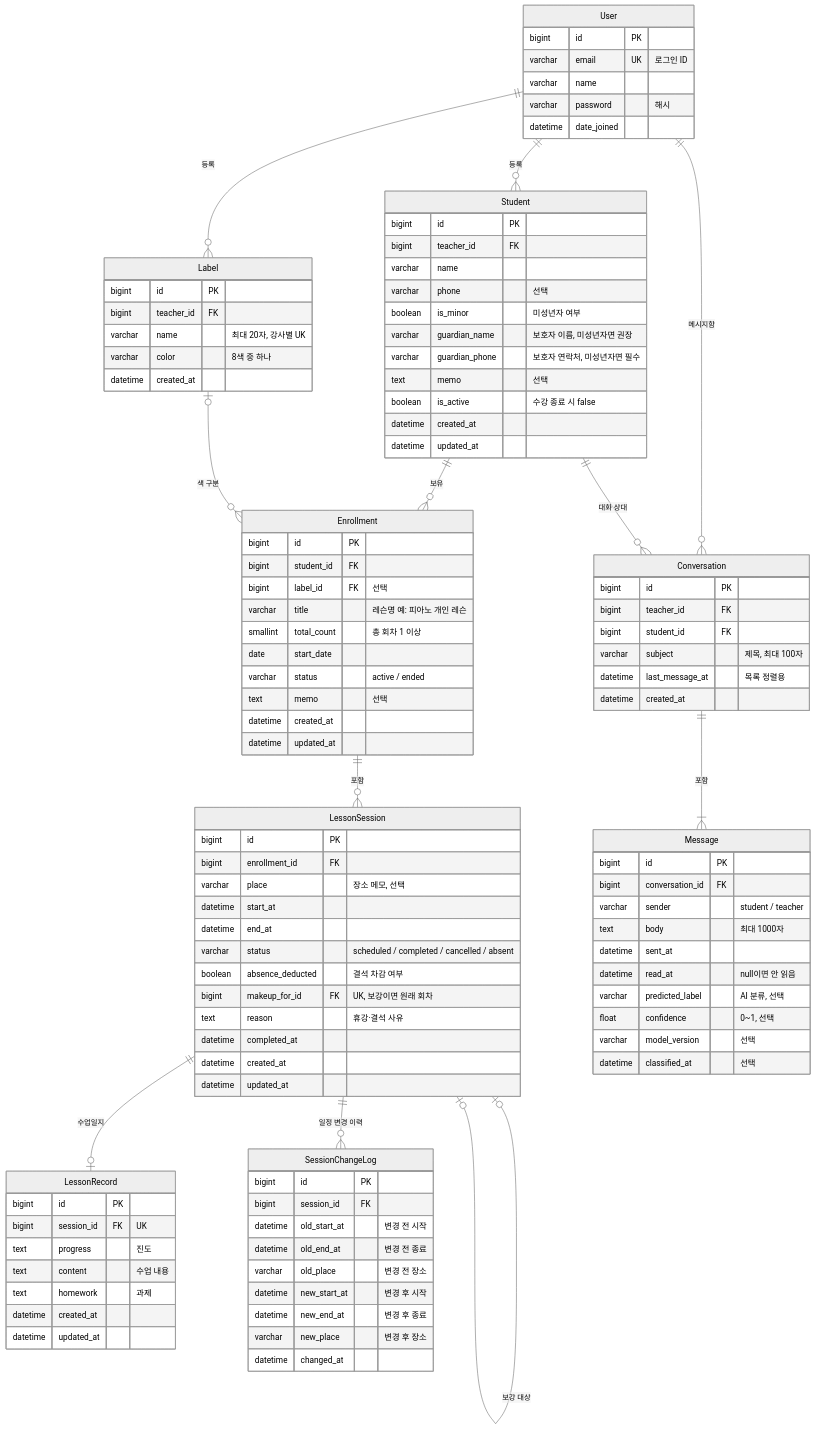
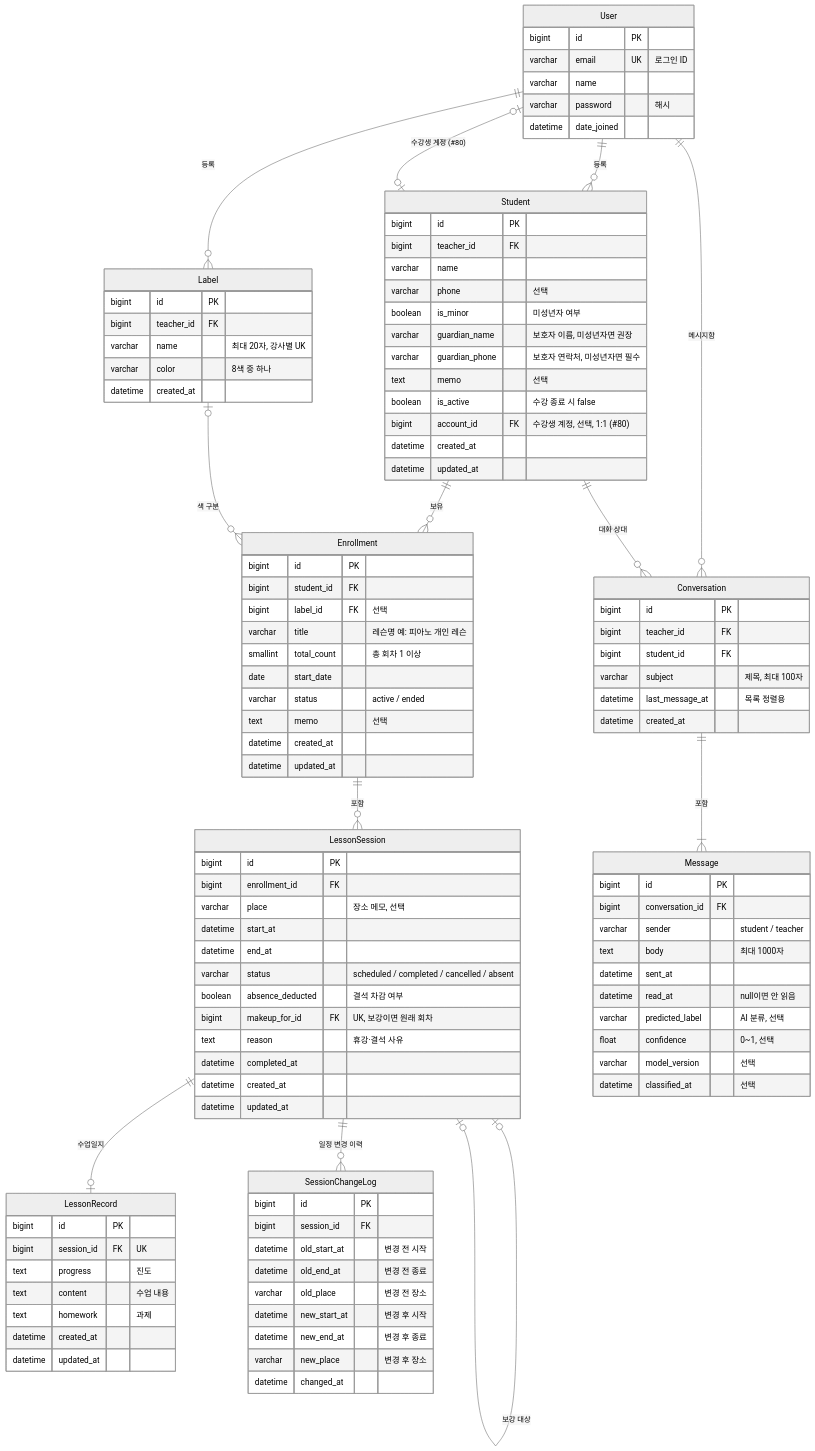
Before and after one commit to yeeun5364/lemit: the diagram in docs/ERD.md, drawn with Mermaid (neutral theme). The commit also changed other lines of this file and 30 other files, not shown here.

````diff
--- a/docs/ERD.md
+++ b/docs/ERD.md
@@ -8,6 +8,7 @@
 ```mermaid
 erDiagram
     User ||--o{ Student : "등록"
+    User |o--o| Student : "수강생 계정 (#80)"
     Student ||--o{ Enrollment : "보유"
     User ||--o{ Label : "등록"
     Label |o--o{ Enrollment : "색 구분"
@@ -36,6 +37,7 @@
         varchar guardian_phone "보호자 연락처, 미성년자면 필수"
         text memo "선택"
         boolean is_active "수강 종료 시 false"
+        bigint account_id FK "수강생 계정, 선택, 1:1 (#80)"
         datetime created_at
         datetime updated_at
     }
````
